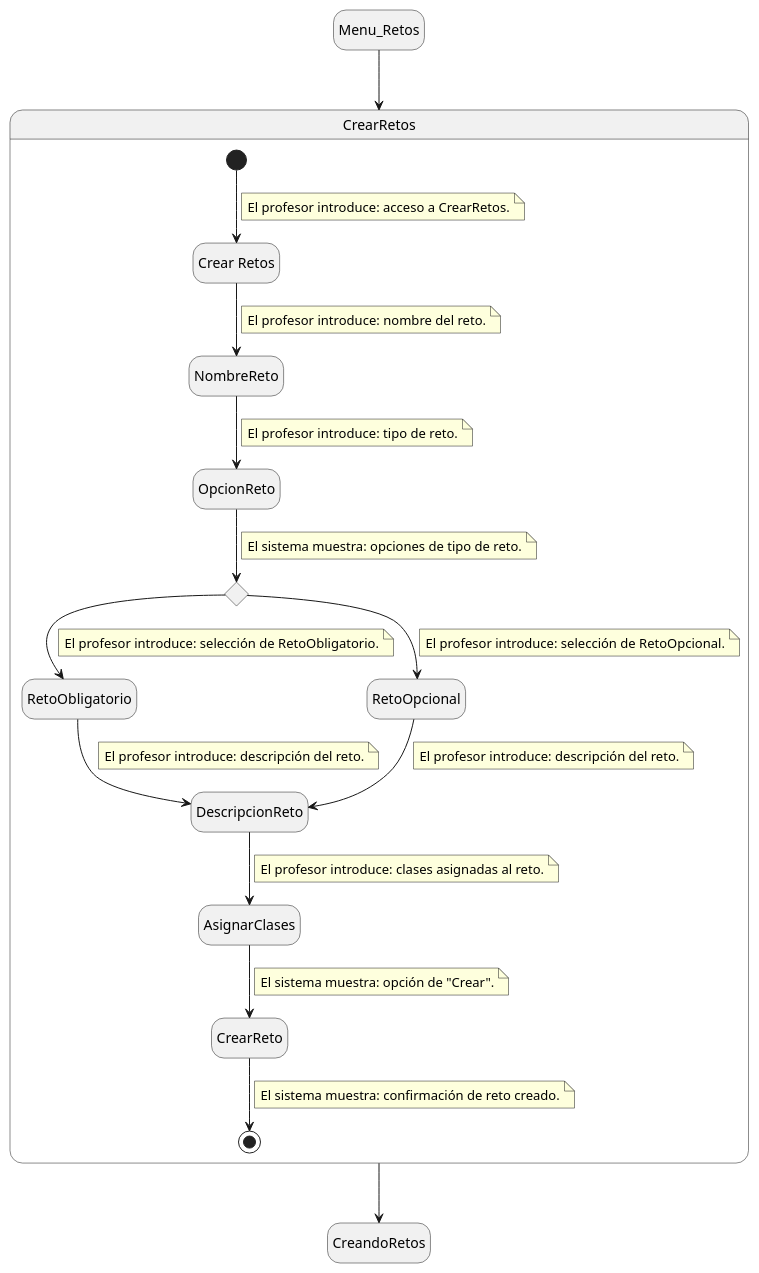
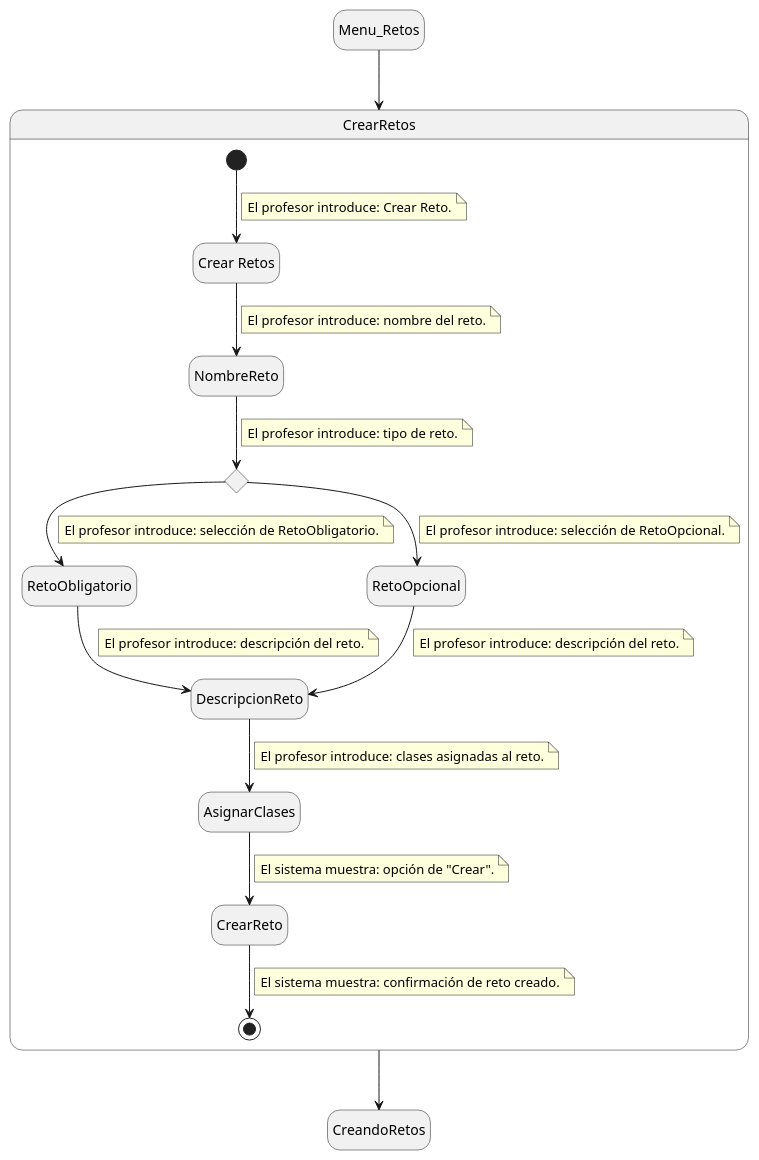
Before and after one commit to mmasias/24-25-IdSw1-SDR: the diagram in Documentos/DetallarCasosDeUso/Profesor/CrearRetos.puml, drawn with PlantUML. The commit also changed 1 other file, not shown here.

Commit message:
Crear Reto

```diff
--- a/Documentos/DetallarCasosDeUso/Profesor/CrearRetos.puml
+++ b/Documentos/DetallarCasosDeUso/Profesor/CrearRetos.puml
@@ -1,71 +1,64 @@
 @startuml CrearRetos
 
 hide empty description
 
 state Menu_Retos
 state CreandoRetos
 
 state CrearRetos {
 
     state IniciarRetos as "Crear Retos"
     [*] --> IniciarRetos
     note on link
-        El profesor introduce: acceso a CrearRetos.
+        El profesor introduce: Crear Reto.
     end note
 
     IniciarRetos --> NombreReto
     note on link
         El profesor introduce: nombre del reto.
     end note
-
-    NombreReto --> OpcionReto
+    state reto <<choice>>
+    NombreReto --> reto
     note on link
         El profesor introduce: tipo de reto.
     end note
-
-    state reto <<choice>>
-    OpcionReto --> reto
-    note on link
-        El sistema muestra: opciones de tipo de reto.
-    end note
-
     reto --> RetoObligatorio
     note on link
         El profesor introduce: selección de RetoObligatorio.
     end note
 
     reto --> RetoOpcional
     note on link
         El profesor introduce: selección de RetoOpcional.
     end note
 
     RetoObligatorio --> DescripcionReto
     note on link
         El profesor introduce: descripción del reto.
     end note
 
     RetoOpcional --> DescripcionReto
     note on link
         El profesor introduce: descripción del reto.
     end note
 
     DescripcionReto --> AsignarClases
     note on link
         El profesor introduce: clases asignadas al reto.
     end note
 
     AsignarClases --> CrearReto
     note on link
         El sistema muestra: opción de "Crear".
     end note
 
     CrearReto --> [*]
     note on link
         El sistema muestra: confirmación de reto creado.
     end note
 }
 
 Menu_Retos --> CrearRetos
 CrearRetos --> CreandoRetos
 
 @enduml
```
